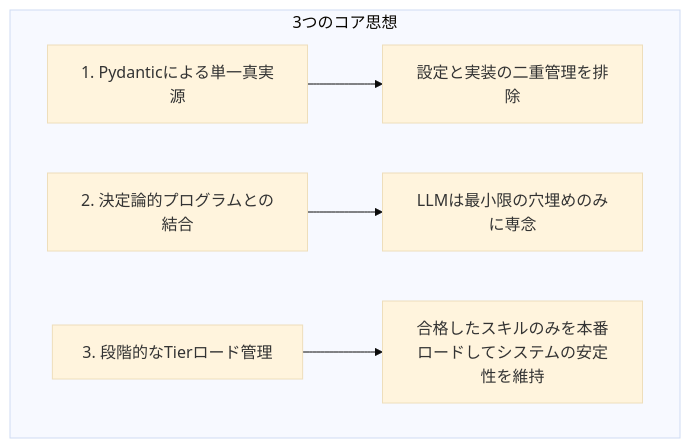
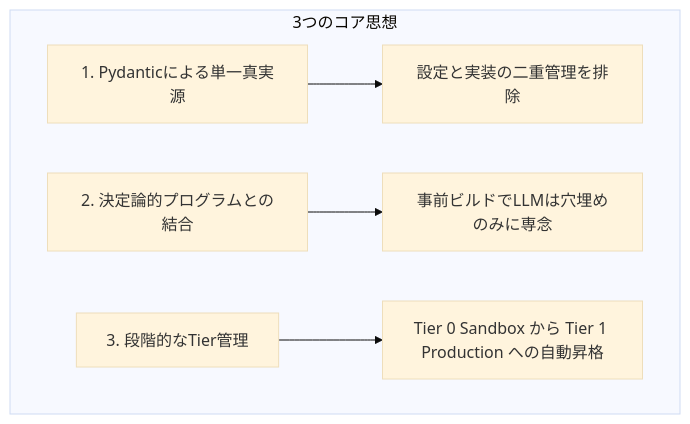
Before and after one commit to magic-sword/skill-edd-agent: the first of 3 diagrams in README.md, drawn with Mermaid (base theme). The commit also changed other lines of this file, not shown here.

````diff
--- a/README.md
+++ b/README.md
@@ -12,8 +30,8 @@
 ```mermaid
 flowchart TD
     subgraph Core_Concepts [3つのコア思想]
         A[1. Pydanticによる単一真実源] --> A1[設定と実装の二重管理を排除]
-        B[2. 決定論的プログラムとの結合] --> B1[LLMは最小限の穴埋めのみに専念]
-        C[3. 段階的なTierロード管理] --> C1[合格したスキルのみを本番ロードしてシステムの安定性を維持]
+        B[2. 決定論的プログラムとの結合] --> B1[事前ビルドでLLMは穴埋めのみに専念]
+        C[3. 段階的なTier管理] --> C1[Tier 0 Sandbox から Tier 1 Production への自動昇格]
     end
 ```
````
